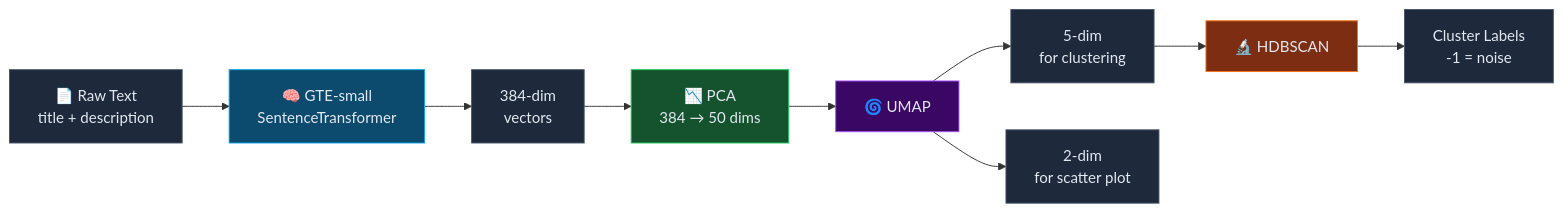
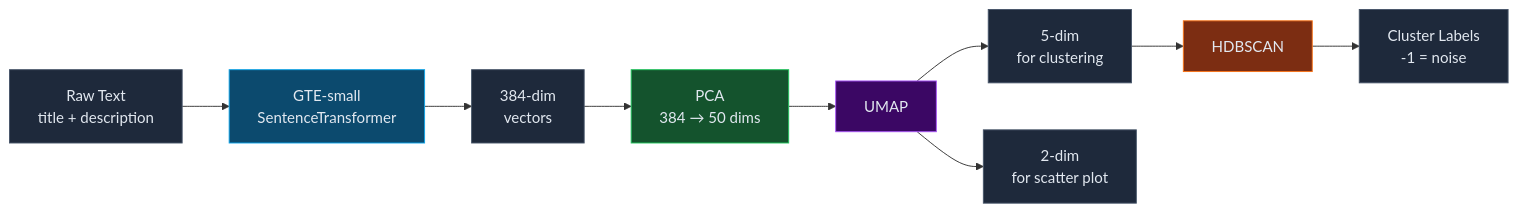
One commit to Aayushiii25/PulseIq changed the second of 4 diagrams in README.md. Above: the diagram before and after it, drawn with Mermaid. The commit also changed other lines of this file, not shown here.

````diff
--- a/README.md
+++ b/README.md
@@ -211,21 +161,21 @@
 ```mermaid
 flowchart LR
-    A["📄 Raw Text\ntitle + description"] --> B["🧠 GTE-small\nSentenceTransformer"]
+    A[" Raw Text\ntitle + description"] --> B[" GTE-small\nSentenceTransformer"]
     B --> C["384-dim\nvectors"]
-    C --> D["📉 PCA\n384 → 50 dims"]
-    D --> E["🌀 UMAP"]
+    C --> D[" PCA\n384 → 50 dims"]
+    D --> E[" UMAP"]
     E --> F["5-dim\nfor clustering"]
     E --> G["2-dim\nfor scatter plot"]
-    F --> H["🔬 HDBSCAN"]
+    F --> H[" HDBSCAN"]
     H --> I["Cluster Labels\n-1 = noise"]
 
     style A fill:#1e293b,stroke:#475569,color:#e2e8f0
     style B fill:#0c4a6e,stroke:#0ea5e9,color:#e2e8f0
     style C fill:#1e293b,stroke:#475569,color:#e2e8f0
     style D fill:#14532d,stroke:#22c55e,color:#e2e8f0
     style E fill:#3b0764,stroke:#a855f7,color:#e2e8f0
     style F fill:#1e293b,stroke:#475569,color:#e2e8f0
     style G fill:#1e293b,stroke:#475569,color:#e2e8f0
     style H fill:#7c2d12,stroke:#f97316,color:#e2e8f0
     style I fill:#1e293b,stroke:#475569,color:#e2e8f0
 ```
````
